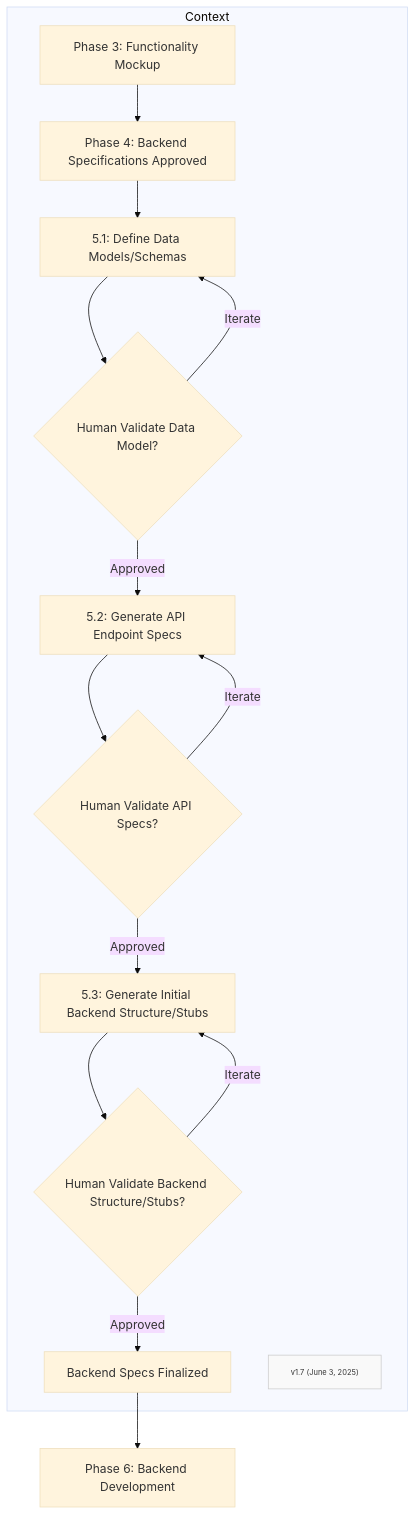
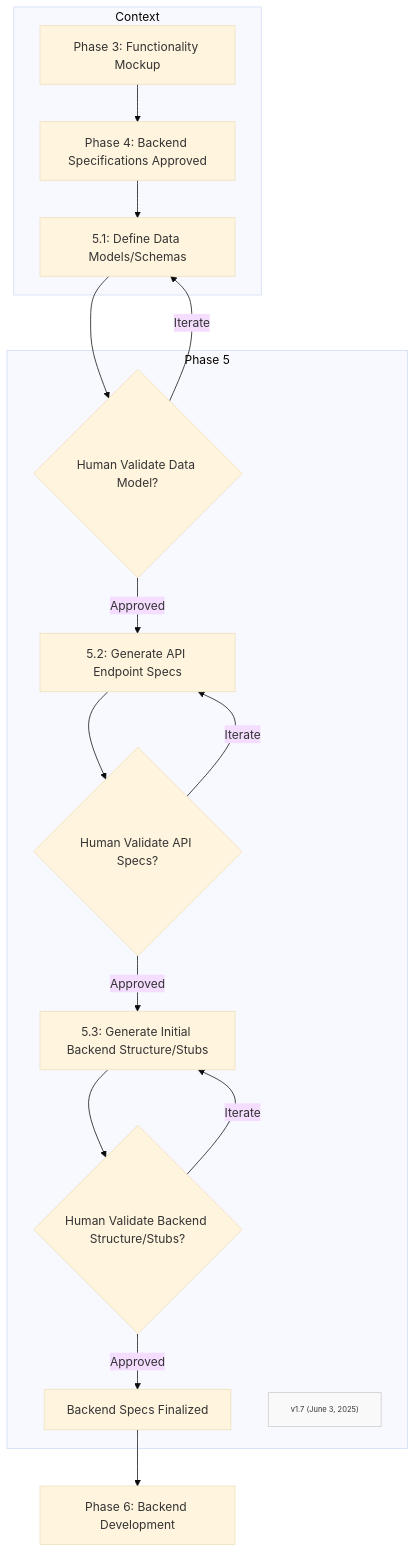
Before and after one commit to Mharbulous/Front-First-Method: the diagram in Phases/FF-phase5.md, drawn with Mermaid (base theme).

````diff
--- a/Phases/FF-phase5.md
+++ b/Phases/FF-phase5.md
@@ -1,28 +1,28 @@
 ```mermaid
 graph TD
 
-    subgraph Phase5["Context"]
+    subgraph Context["Context"]
         Phase3["Phase 3: Functionality Mockup"] --> Phase4["Phase 4: Backend Specifications Approved"]
         Phase4["Phase 4: Backend Specifications Approved"] --> Phase5_1
     end
 
     subgraph Phase5["Phase 5"]
         Phase5_1["5.1: Define Data Models/Schemas"]    
         Phase5_1 --> Phase5_1_Val{"Human Validate Data Model?"}
         Phase5_1_Val -->|Iterate| Phase5_1
         Phase5_1_Val -->|Approved| Phase5_2["5.2: Generate API Endpoint Specs"]
         Phase5_2 --> Phase5_2_Val{"Human Validate API Specs?"}
         Phase5_2_Val -->|Iterate| Phase5_2
         Phase5_2_Val -->|Approved| Phase5_3["5.3: Generate Initial Backend Structure/Stubs"]
         Phase5_3 --> Phase5_3_Val{"Human Validate Backend Structure/Stubs?"}
         Phase5_3_Val -->|Iterate| Phase5_3
         Phase5_3_Val -->|Approved| BackendSpecsFinalized["Backend Specs Finalized"]
         Version["v1.7 (June 3, 2025)"]
         classDef version fill:#f9f9f9,stroke:#ccc,font-size:10px
         class Version version
     end
  
 
 
 BackendSpecsFinalized --> Phase6["Phase 6: Backend Development"]
 ```
````
